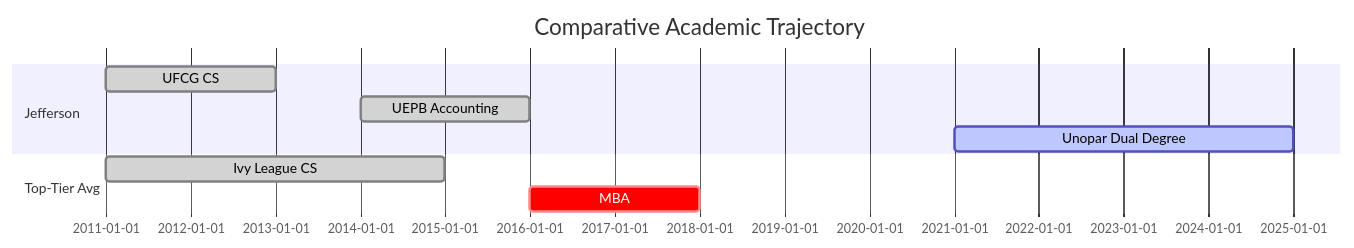
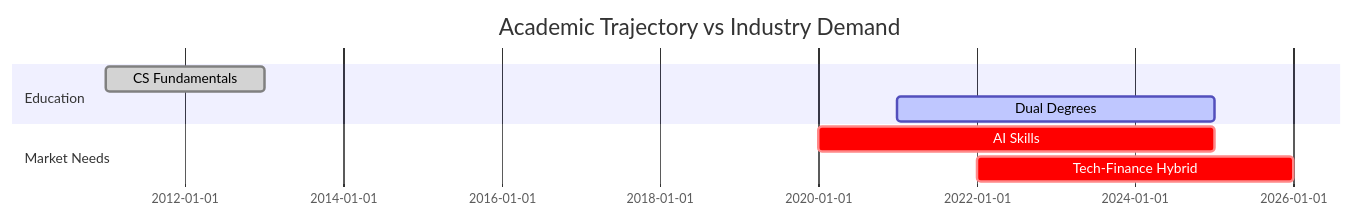
The tenth of 11 diagrams in README.md (jeffthedeveloper/Certifications), drawn with Mermaid before and after one commit. The commit also changed other lines of this file, not shown here.

First line of the commit message:
feat: Refactor academic profile with correct YAML, updated name, and integrated visualizations

````diff
--- a/README.md
+++ b/README.md
@@ -183,13 +207,13 @@
 ```mermaid
 gantt
-    title Comparative Academic Trajectory
+    title Academic Trajectory vs Industry Demand
     dateFormat  YYYY
-    section Jefferson
-    UFCG CS :done, 2011, 2013
-    UEPB Accounting :done, 2014, 2016
-    Unopar Dual Degree :active, 2021, 2025
+    section Education
+    CS Fundamentals :done, 2011, 2013
+    Dual Degrees :active, 2021, 2025
 
-    section Top-Tier Avg
-    Ivy League CS :done, 2011, 2015
-    MBA : crit, 2016, 2018
+    section Market Needs
+    AI Skills :crit, 2020, 2025
+    Tech-Finance Hybrid :crit, 2022, 2026
+
 ```
````
